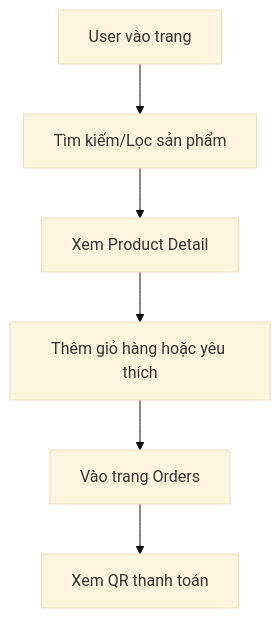
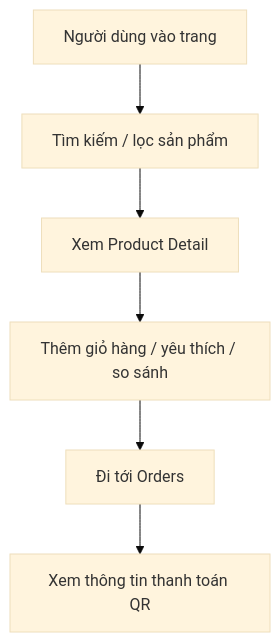
One commit to QuangFabbier/DATN changed the second of 6 diagrams in ecommerce/PROJECT_SUMMARY.md. Above: the diagram before and after it, drawn with Mermaid (base theme). The commit also changed other lines of this file and 108 other files, not shown here.

````diff
--- a/ecommerce/PROJECT_SUMMARY.md
+++ b/ecommerce/PROJECT_SUMMARY.md
@@ -166,8 +208,8 @@
 ```mermaid
 flowchart TD
-  A[User vào trang] --> B[Tìm kiếm/Lọc sản phẩm]
+  A[Người dùng vào trang] --> B[Tìm kiếm / lọc sản phẩm]
   B --> C[Xem Product Detail]
-  C --> D[Thêm giỏ hàng hoặc yêu thích]
-  D --> E[Vào trang Orders]
-  E --> F[Xem QR thanh toán]
+  C --> D[Thêm giỏ hàng / yêu thích / so sánh]
+  D --> E[Đi tới Orders]
+  E --> F[Xem thông tin thanh toán QR]
 ```
````
